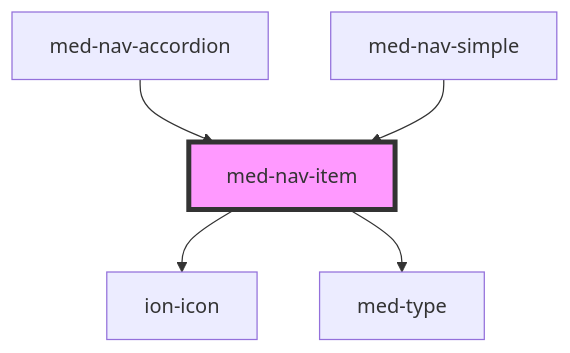
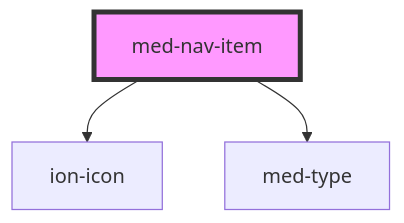
Before and after one commit to MEDGRUPOGIT/ionic-framework-1: the diagram in core/src/components/@templarios/core/med-nav-item/readme.md, drawn with Mermaid. The commit also changed other lines of this file and 96 other files, not shown here.

````diff
--- a/core/src/components/@templarios/core/med-nav-item/readme.md
+++ b/core/src/components/@templarios/core/med-nav-item/readme.md
@@ -44,8 +39,6 @@
 ```mermaid
 graph TD;
   med-nav-item --> ion-icon
   med-nav-item --> med-type
-  med-nav-accordion --> med-nav-item
-  med-nav-simple --> med-nav-item
   style med-nav-item fill:#f9f,stroke:#333,stroke-width:4px
 ```
````
